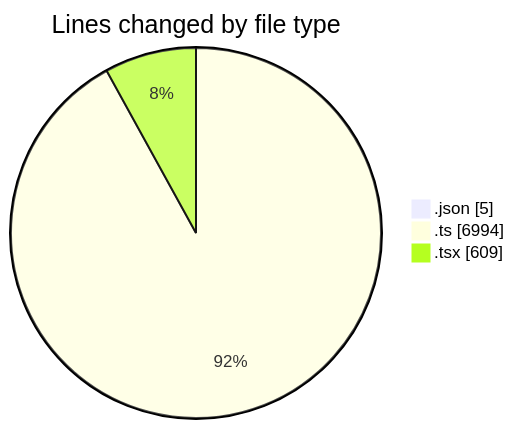
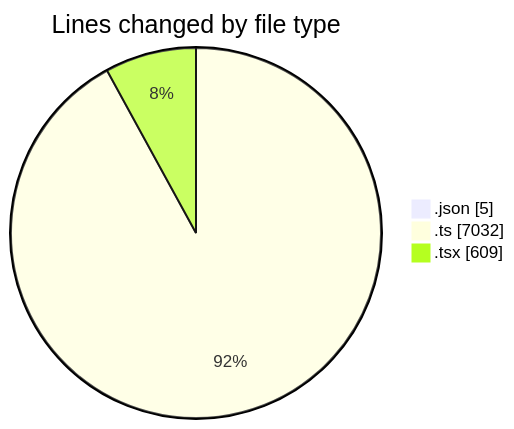
One commit to CELIANVF/code-tracking changed the first of 2 diagrams in 2025-05-09/ecodeli/README.md. Above: the diagram before and after it, drawn with Mermaid. The commit also changed other lines of this file and 1 other file, not shown here.

````diff
--- a/2025-05-09/ecodeli/README.md
+++ b/2025-05-09/ecodeli/README.md
@@ -29,7 +29,7 @@
 ```mermaid
 pie showData
 title Lines changed by file type
 ".json" : 5
-".ts" : 6994
+".ts" : 7032
 ".tsx" : 609
 ```
````
